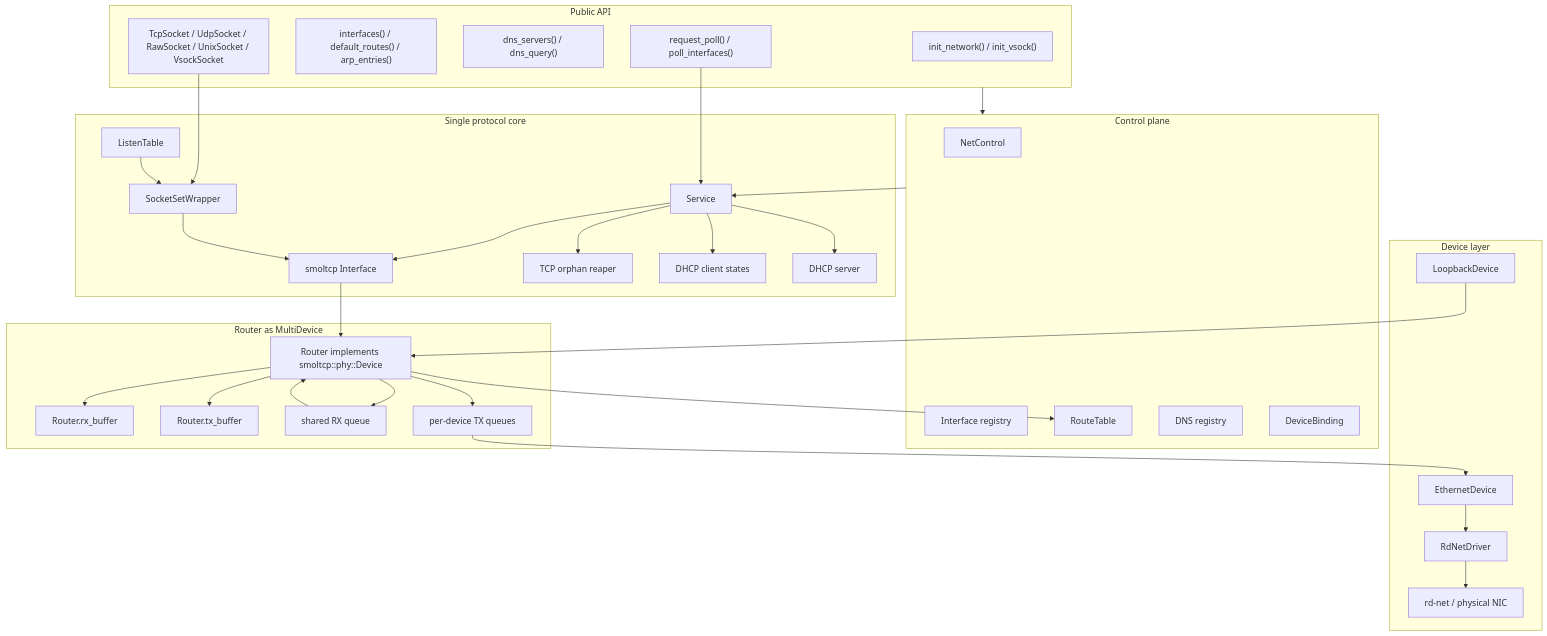
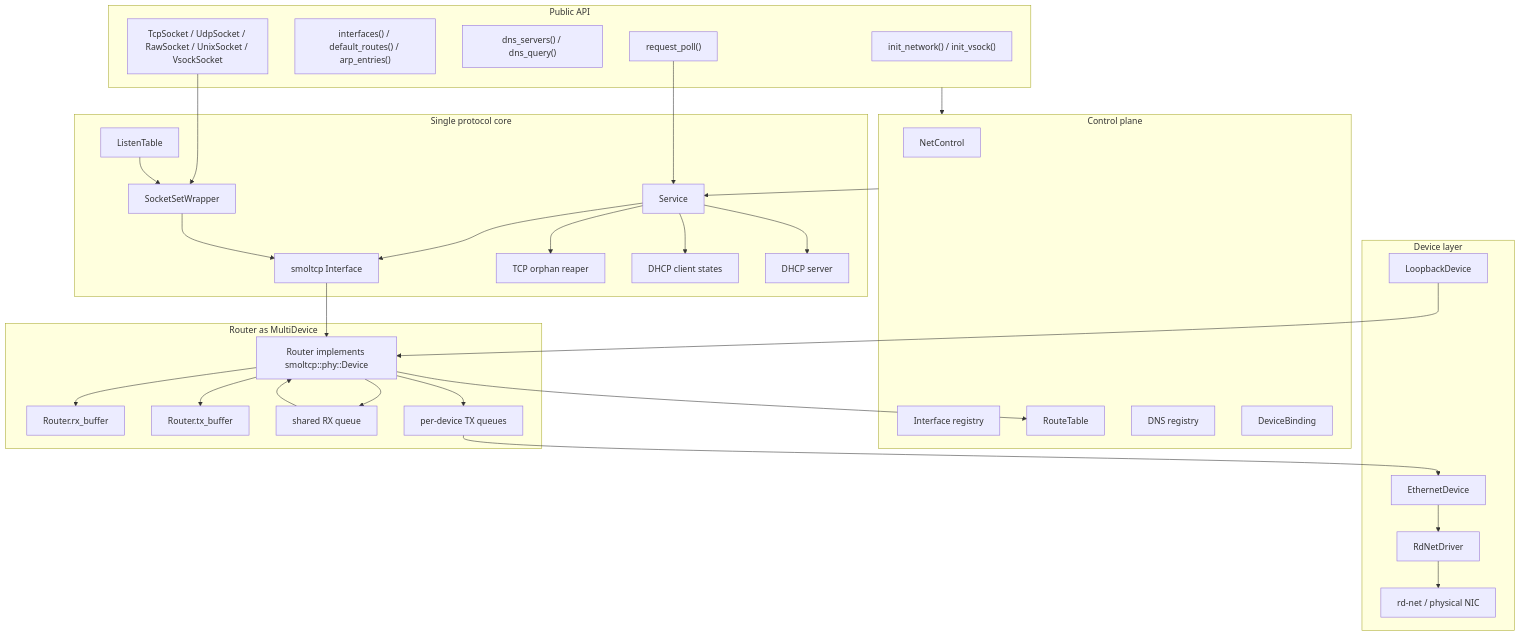
Before and after one commit to rcore-os/tgoskits: the first of 5 diagrams in docs/docs/architecture/net/architecture.md, drawn with Mermaid. The commit also changed other lines of this file and 12 other files, not shown here.

Commit message:
refactor(ax-net): remove deprecated poll_interfaces and eth0_ipv4_config APIs, inline socket helpers

````diff
--- a/docs/docs/architecture/net/architecture.md
+++ b/docs/docs/architecture/net/architecture.md
@@ -36,65 +36,65 @@
 ```mermaid
 flowchart TB
     subgraph Api["Public API"]
         Init["init_network() / init_vsock()"]
         Query["interfaces() / default_routes() / arp_entries()"]
         DnsApi["dns_servers() / dns_query()"]
         Sockets["TcpSocket / UdpSocket / RawSocket / UnixSocket / VsockSocket"]
-        PollApi["request_poll() / poll_interfaces()"]
+        PollApi["request_poll()"]
     end
 
     subgraph Control["Control plane"]
         NetControl["NetControl"]
         IfaceRegistry["Interface registry"]
         Routes["RouteTable"]
         DnsRegistry["DNS registry"]
         Binding["DeviceBinding"]
     end
 
     subgraph Core["Single protocol core"]
         Service["Service"]
         SmolIface["smoltcp Interface"]
         SocketSet["SocketSetWrapper"]
         Listen["ListenTable"]
         Orphan["TCP orphan reaper"]
         DhcpClient["DHCP client states"]
         DhcpServer["DHCP server"]
     end
 
     subgraph MultiDev["Router as MultiDevice"]
         Router["Router implements smoltcp::phy::Device"]
         RxBuffer["Router.rx_buffer"]
         TxBuffer["Router.tx_buffer"]
         RxQueue["shared RX queue"]
         TxQueues["per-device TX queues"]
     end
 
     subgraph DeviceLayer["Device layer"]
         Loopback["LoopbackDevice"]
         Ethernet["EthernetDevice"]
         RdNet["RdNetDriver"]
         Hardware["rd-net / physical NIC"]
     end
 
     Api --> Control
     Sockets --> SocketSet
     PollApi --> Service
     Control --> Service
     Service --> SmolIface
     Service --> DhcpClient
     Service --> DhcpServer
     Service --> Orphan
     SmolIface --> Router
     SocketSet --> SmolIface
     Listen --> SocketSet
     Router --> RxBuffer
     Router --> TxBuffer
     Router --> RxQueue
     Router --> TxQueues
     Router --> Routes
     TxQueues --> Ethernet
     RxQueue --> Router
     Loopback --> Router
     Ethernet --> RdNet
     RdNet --> Hardware
 ```
````
